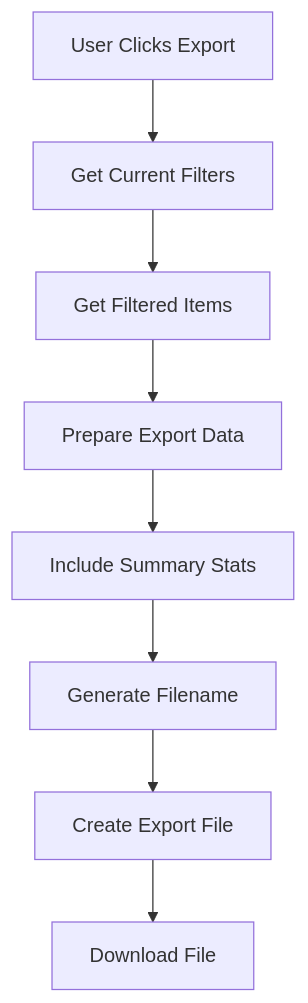
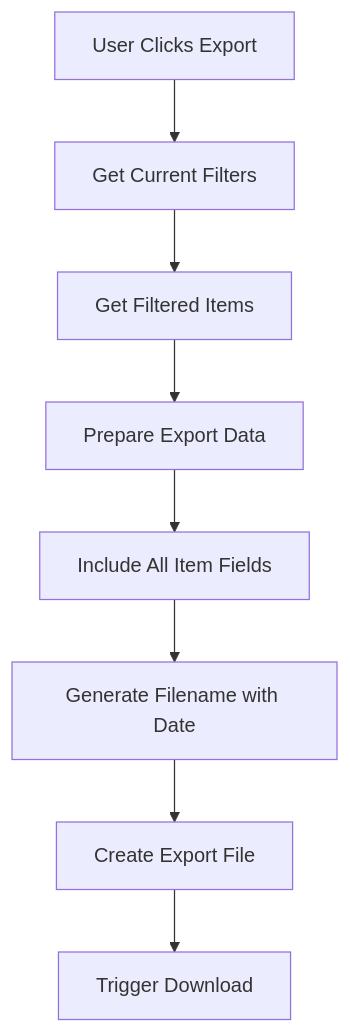
Diagram 14 of 18 in docs/app/inventory-management/stock-overview/slow-moving/FD-slow-moving.md (PeakMNA/carmen), drawn with Mermaid before and after one commit. The commit also changed other lines of this file and 473 other files, not shown here.

````diff
--- a/docs/app/inventory-management/stock-overview/slow-moving/FD-slow-moving.md
+++ b/docs/app/inventory-management/stock-overview/slow-moving/FD-slow-moving.md
@@ -213,10 +304,10 @@
 ```mermaid
 flowchart TD
     A[User Clicks Export] --> B[Get Current Filters]
     B --> C[Get Filtered Items]
     C --> D[Prepare Export Data]
-    D --> E[Include Summary Stats]
-    E --> F[Generate Filename]
+    D --> E[Include All Item Fields]
+    E --> F[Generate Filename with Date]
     F --> G[Create Export File]
-    G --> H[Download File]
+    G --> H[Trigger Download]
 ```
````
